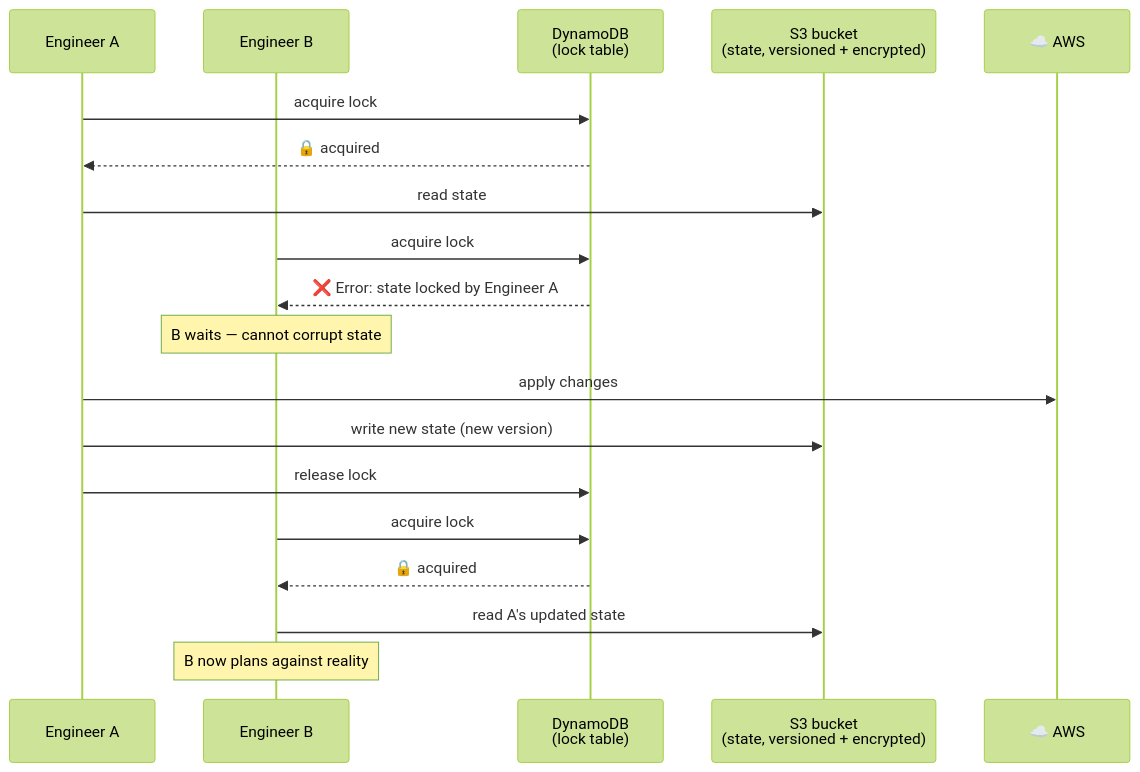
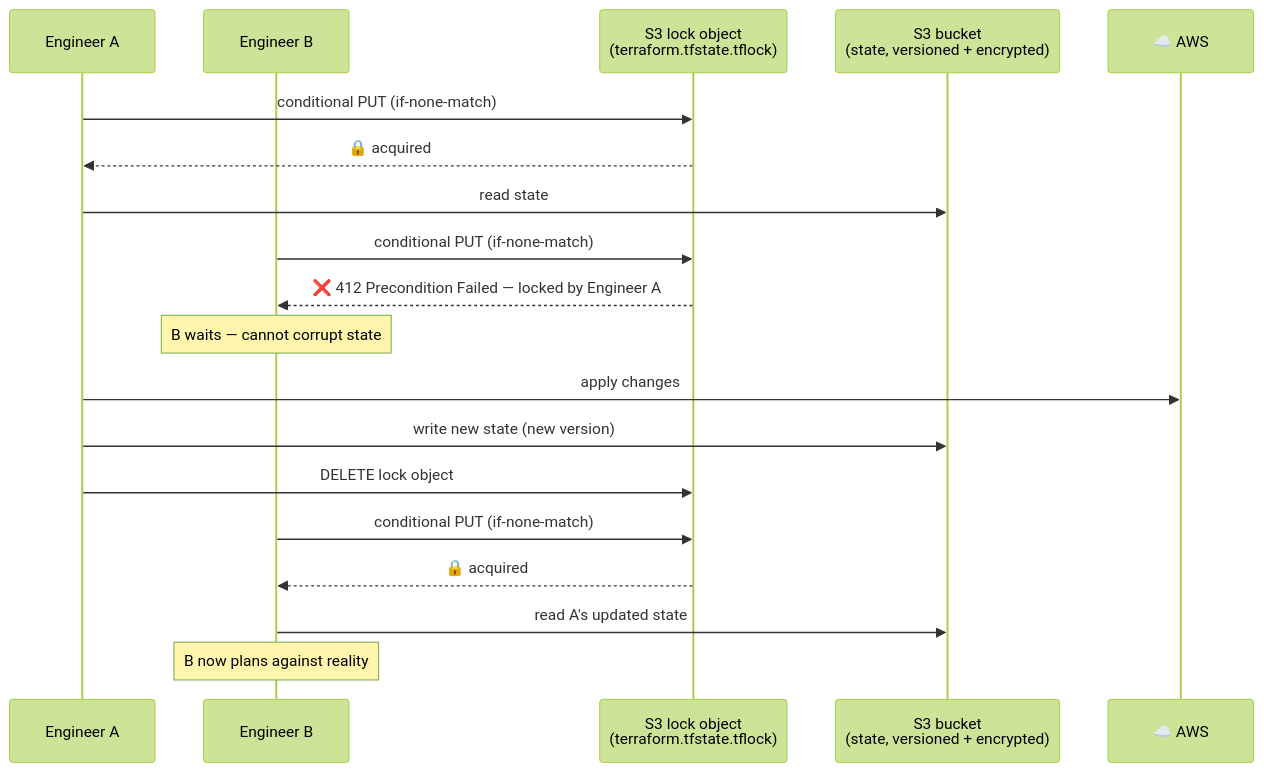
The fourth of 4 diagrams in 10-terraform/README.md (crypticani/the-devops-handbook), drawn with Mermaid (forest theme) before and after one commit. The commit also changed other lines of this file and 18 other files, not shown here.

````diff
--- a/10-terraform/README.md
+++ b/10-terraform/README.md
@@ -358,22 +358,22 @@
 ```mermaid
 sequenceDiagram
     participant A as Engineer A
     participant B as Engineer B
-    participant DDB as DynamoDB<br/>(lock table)
+    participant LK as S3 lock object<br/>(terraform.tfstate.tflock)
     participant S3 as S3 bucket<br/>(state, versioned + encrypted)
     participant AWS as ☁️ AWS
 
-    A->>DDB: acquire lock
-    DDB-->>A: 🔒 acquired
+    A->>LK: conditional PUT (if-none-match)
+    LK-->>A: 🔒 acquired
     A->>S3: read state
-    B->>DDB: acquire lock
-    DDB-->>B: ❌ Error: state locked by Engineer A
+    B->>LK: conditional PUT (if-none-match)
+    LK-->>B: ❌ 412 Precondition Failed — locked by Engineer A
     Note over B: B waits — cannot corrupt state
     A->>AWS: apply changes
     A->>S3: write new state (new version)
-    A->>DDB: release lock
-    B->>DDB: acquire lock
-    DDB-->>B: 🔒 acquired
+    A->>LK: DELETE lock object
+    B->>LK: conditional PUT (if-none-match)
+    LK-->>B: 🔒 acquired
     B->>S3: read A's updated state
     Note over B: B now plans against reality
 ```
````
